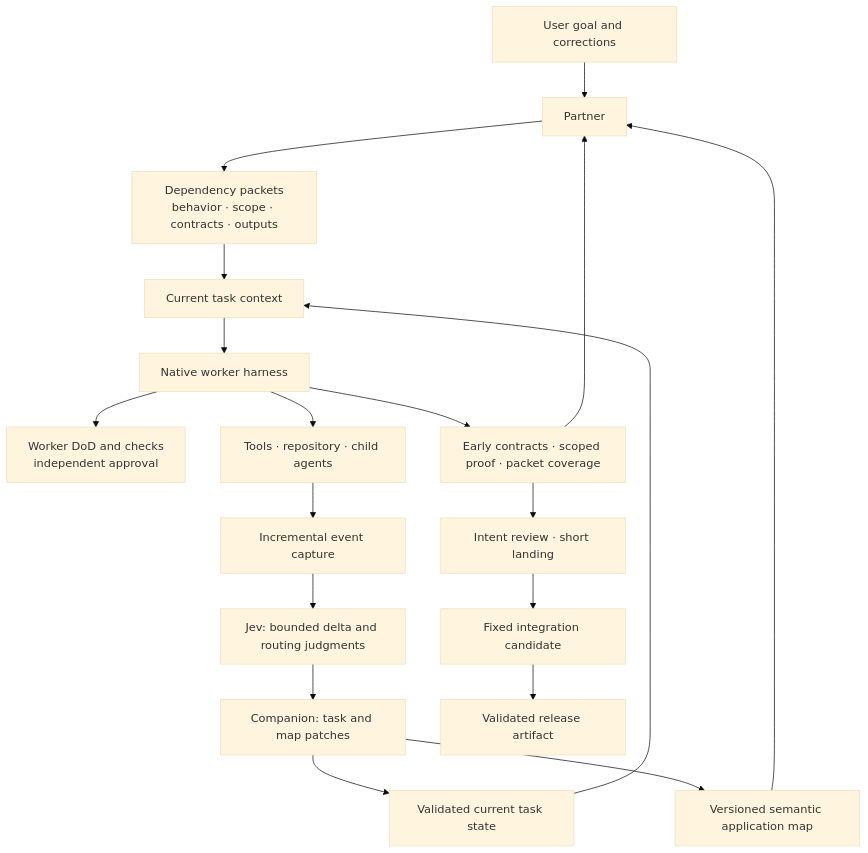
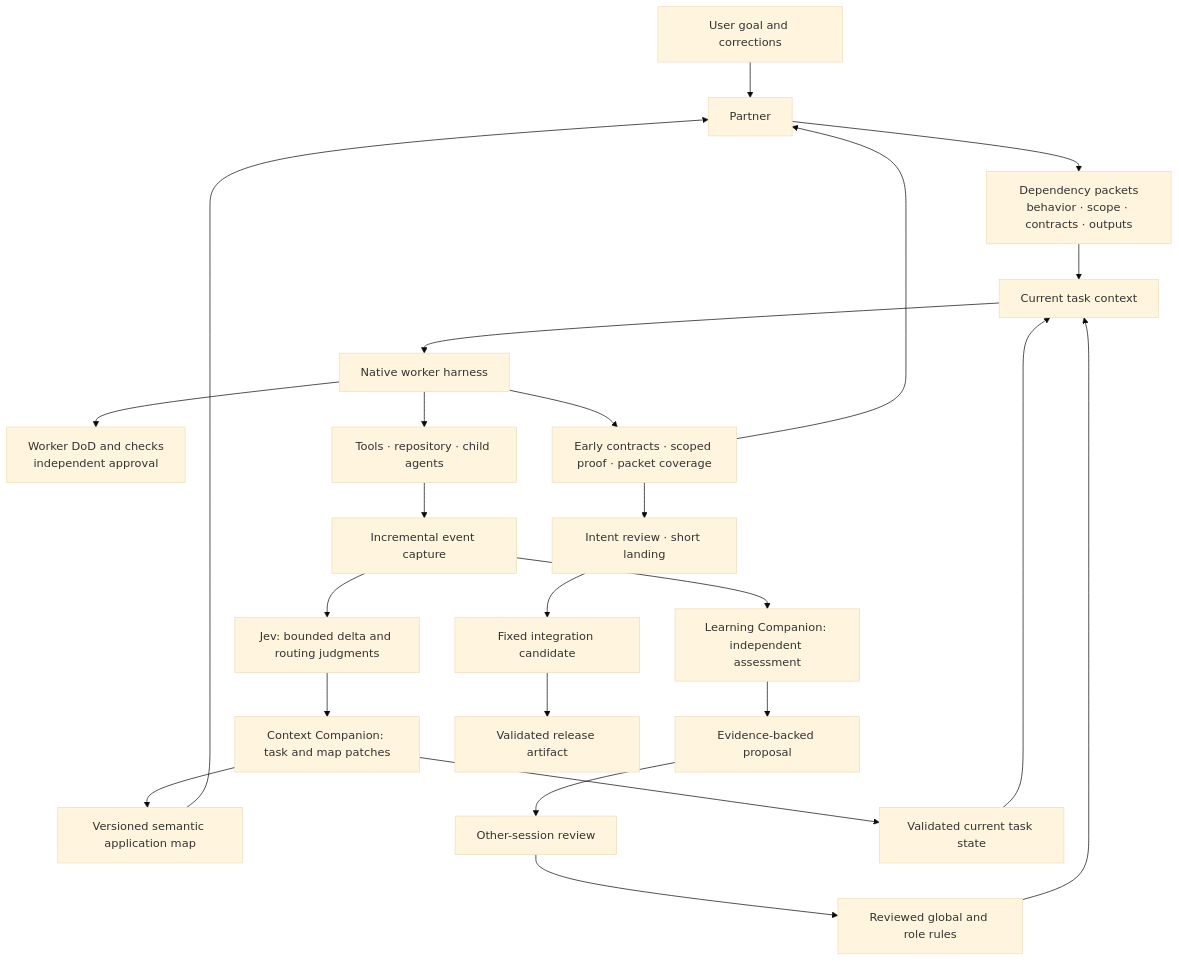
One commit to logan-robbins/hx changed the diagram in README.md. Above: the diagram before and after it, drawn with Mermaid (base theme). The commit also changed other lines of this file and 127 other files, not shown here.

Commit message:
Enforce complete context delivery and separate learning companions

````diff
--- a/README.md
+++ b/README.md
@@ -40,21 +40,26 @@
 ```mermaid
 flowchart TB
     U[User goal and corrections] --> P[Partner]
     M[Versioned semantic application map] --> P
     P --> A[Dependency packets<br/>behavior · scope · contracts · outputs]
     A --> C[Current task context]
     C --> W[Native worker harness]
     W --> B[Worker DoD and checks<br/>independent approval]
     W --> T[Tools · repository · child agents]
     T --> E[Incremental event capture]
     E --> J[Jev: bounded delta and routing judgments]
-    J --> K[Companion: task and map patches]
+    J --> K[Context Companion: task and map patches]
+    E --> L[Learning Companion: independent assessment]
+    L --> LP[Evidence-backed proposal]
+    LP --> LR[Other-session review]
+    LR --> RULES[Reviewed global and role rules]
+    RULES --> C
     K --> S[Validated current task state]
     K --> M
     S --> C
     W --> X[Early contracts · scoped proof · packet coverage]
     X --> P
     X --> D[Intent review · short landing]
     D --> I[Fixed integration candidate]
     I --> R[Validated release artifact]
 ```
````
